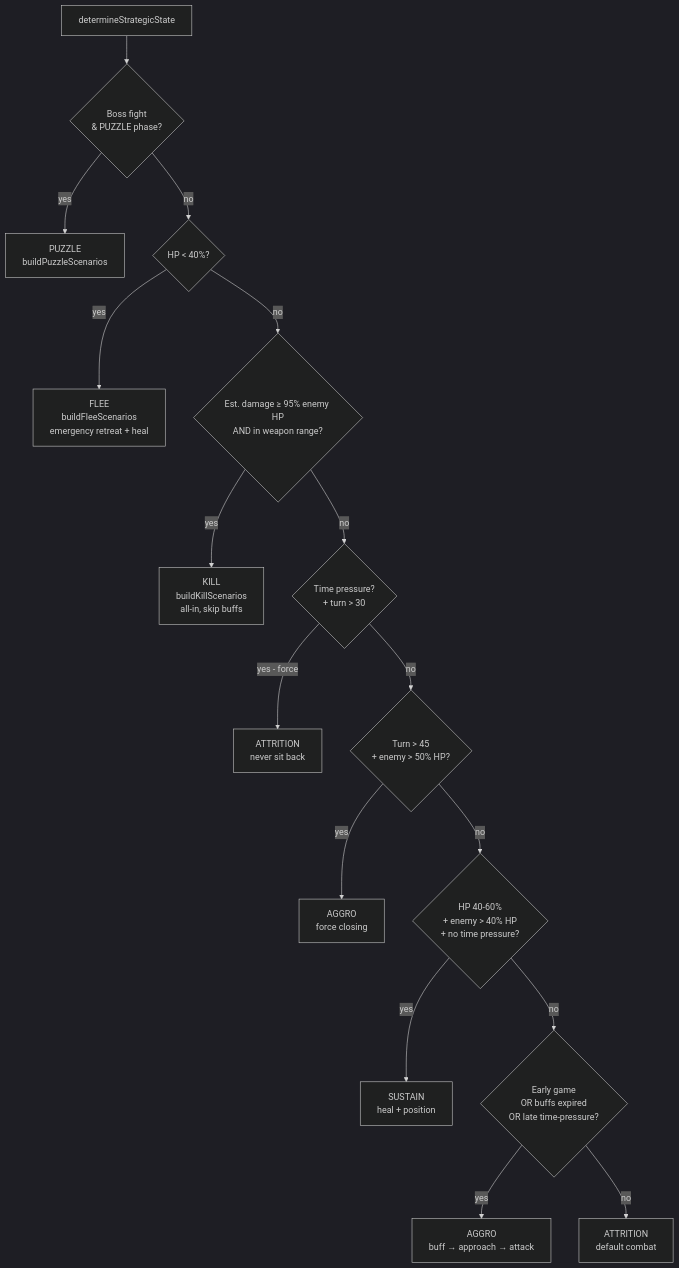
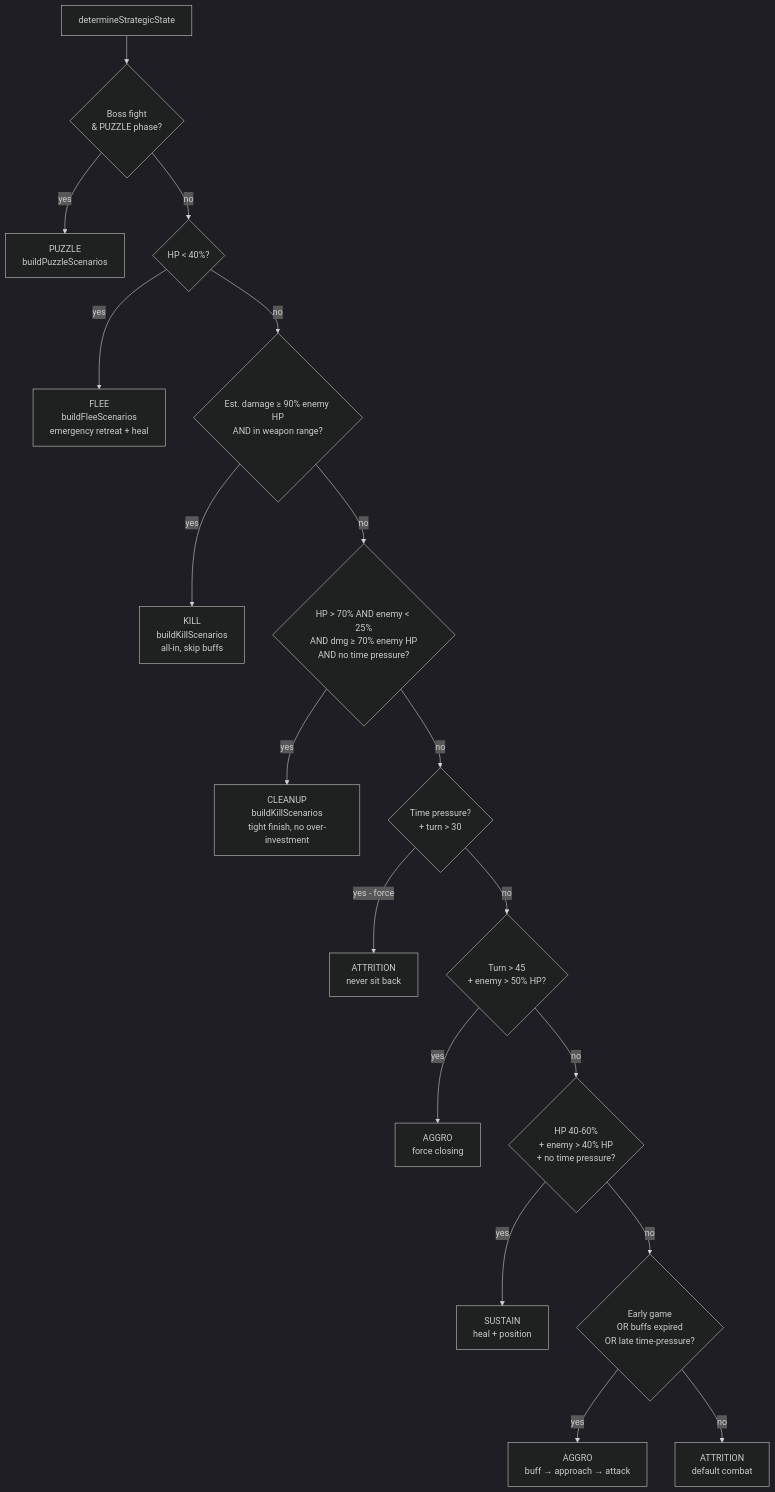
Before and after one commit to tankyx/LeekWars-AI: the second of 8 diagrams in docs/decision_schema.md, drawn with Mermaid (dark theme). The commit also changed other lines of this file and 7 other files, not shown here.

````diff
--- a/docs/decision_schema.md
+++ b/docs/decision_schema.md
@@ -61,18 +61,20 @@
 ```mermaid
 flowchart TD
     S[determineStrategicState] --> B0{Boss fight<br/>& PUZZLE phase?}
     B0 -->|yes| PZ[PUZZLE<br/>buildPuzzleScenarios]
     B0 -->|no| B1{HP < 40%?}
     B1 -->|yes| FL[FLEE<br/>buildFleeScenarios<br/>emergency retreat + heal]
-    B1 -->|no| B2{Est. damage ≥ 95% enemy HP<br/>AND in weapon range?}
+    B1 -->|no| B2{Est. damage ≥ 90% enemy HP<br/>AND in weapon range?}
     B2 -->|yes| KL[KILL<br/>buildKillScenarios<br/>all-in, skip buffs]
-    B2 -->|no| B3{Time pressure?<br/>+ turn > 30}
+    B2 -->|no| B2C{HP > 70% AND enemy < 25%<br/>AND dmg ≥ 70% enemy HP<br/>AND no time pressure?}
+    B2C -->|yes| CL[CLEANUP<br/>buildKillScenarios<br/>tight finish, no over-investment]
+    B2C -->|no| B3{Time pressure?<br/>+ turn > 30}
     B3 -->|yes - force| AT[ATTRITION<br/>never sit back]
     B3 -->|no| B4{Turn > 45<br/>+ enemy > 50% HP?}
     B4 -->|yes| AG[AGGRO<br/>force closing]
     B4 -->|no| B5{HP 40-60%<br/>+ enemy > 40% HP<br/>+ no time pressure?}
     B5 -->|yes| SU[SUSTAIN<br/>heal + position]
     B5 -->|no| B6{Early game<br/>OR buffs expired<br/>OR late time-pressure?}
     B6 -->|yes| AG2[AGGRO<br/>buff → approach → attack]
     B6 -->|no| AT2[ATTRITION<br/>default combat]
 ```
````
